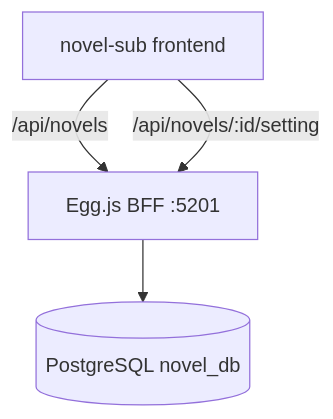
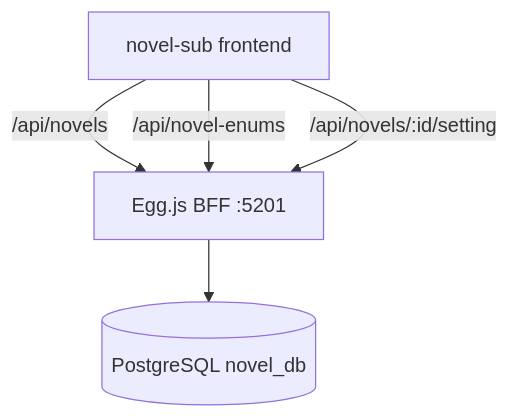
Before and after one commit to InsectYan/admin-management-station: the second of 3 diagrams in project-sub/novel-sub/docs/架构关系图.md, drawn with Mermaid. The commit also changed other lines of this file and 30 other files, not shown here.

````diff
--- a/project-sub/novel-sub/docs/架构关系图.md
+++ b/project-sub/novel-sub/docs/架构关系图.md
@@ -43,10 +43,11 @@
 ```mermaid
 flowchart TB
   FE[novel-sub frontend]
   BFF[Egg.js BFF :5201]
   DB[(PostgreSQL novel_db)]
 
   FE -->|"/api/novels"| BFF
+  FE -->|"/api/novel-enums"| BFF
   FE -->|"/api/novels/:id/setting"| BFF
   BFF --> DB
 ```
````
